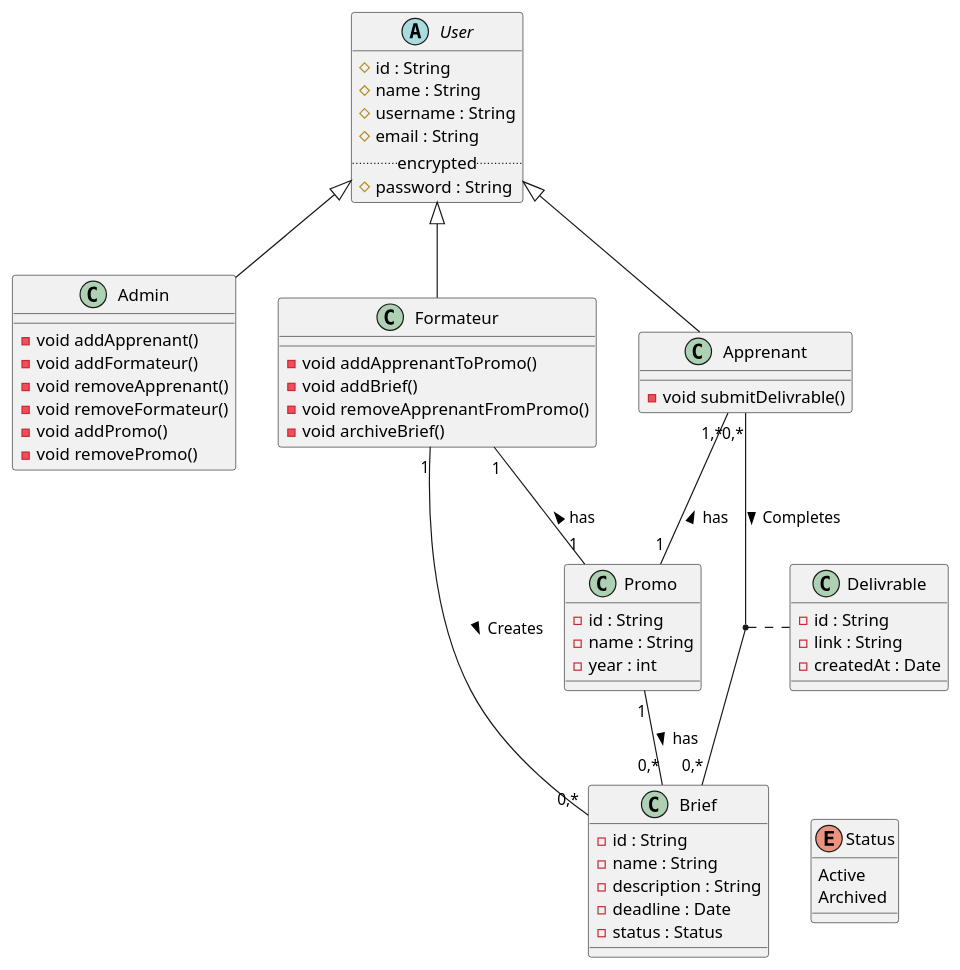
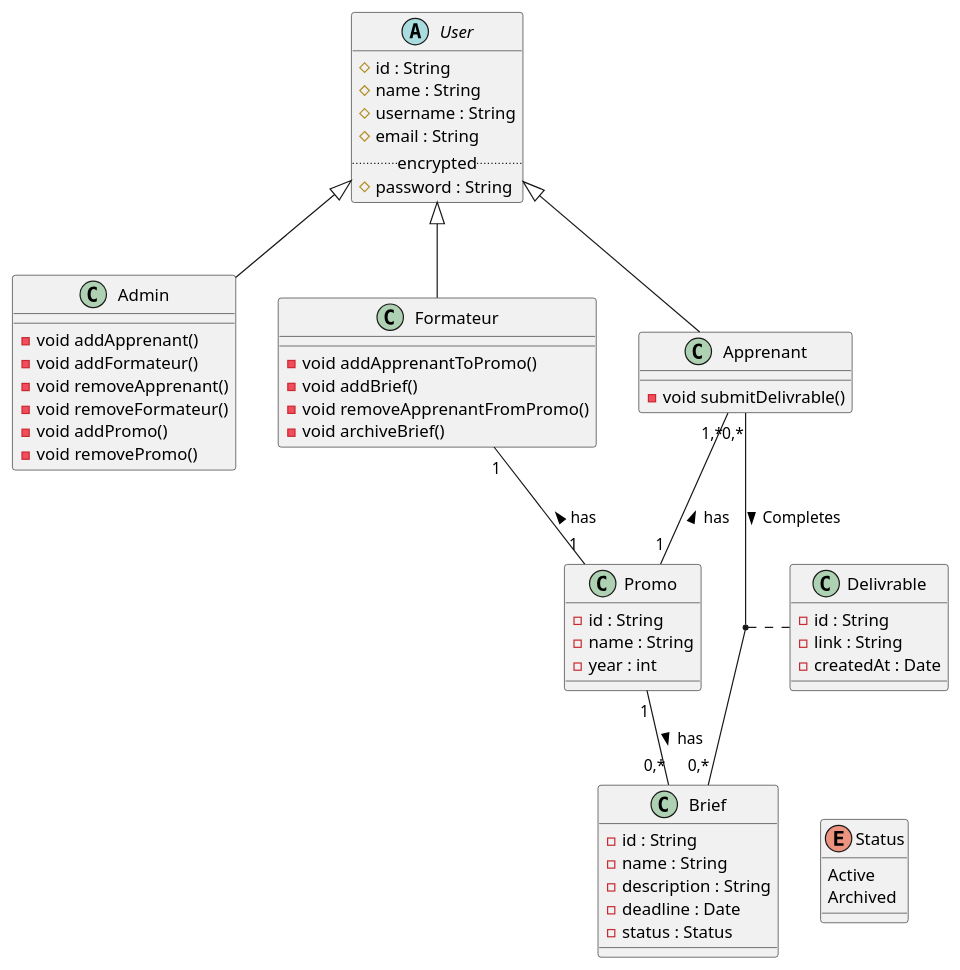
One commit to aymenBenadra/SimpRun changed the diagram in UML Diagrams/class diagram.puml. Above: the diagram before and after it, drawn with PlantUML. The commit also changed 1 other file, not shown here.

Commit message:
Removed unnecessary relationship between Formateur and Brief to achieve simpler architecture.

```diff
--- a/UML Diagrams/class diagram.puml
+++ b/UML Diagrams/class diagram.puml
@@ -1,69 +1,68 @@
 @startuml
 
 abstract class User {
   # id : String
   # name : String
   # username : String
   # email : String
   .. encrypted ..
   # password : String
 }
 
 class Admin {
   - void addApprenant()
   - void addFormateur()
   - void removeApprenant()
   - void removeFormateur()
   - void addPromo()
   - void removePromo()
 }
 
 class Formateur {
   - void addApprenantToPromo()
   - void addBrief()
   - void removeApprenantFromPromo()
   - void archiveBrief()
 }
 
 class Apprenant {
   - void submitDelivrable()
 }
 
 class Promo {
   - id : String
   - name : String
   - year : int
 }
 
 class Brief {
   - id : String
   - name : String
   - description : String
   - deadline : Date
   - status : Status
 }
 
 enum Status {
   Active
   Archived
 }
 
 class Delivrable {
   - id : String
   - link : String
   - createdAt : Date
 }
 
 User ^-- Admin
 User ^-- Formateur
 User ^-- Apprenant
 
 Formateur "1" -- "1" Promo : has <
 Apprenant "1,*" -- "1" Promo : has <
 Promo "1" -- "0,*" Brief : has >
-Formateur "1" -[norank]- "0,*" Brief : Creates >
 Apprenant "0,*" -- "0,*" Brief : Completes >
 (Apprenant, Brief) .. Delivrable
 Brief -[hidden]right- Status
 
 @enduml
```
